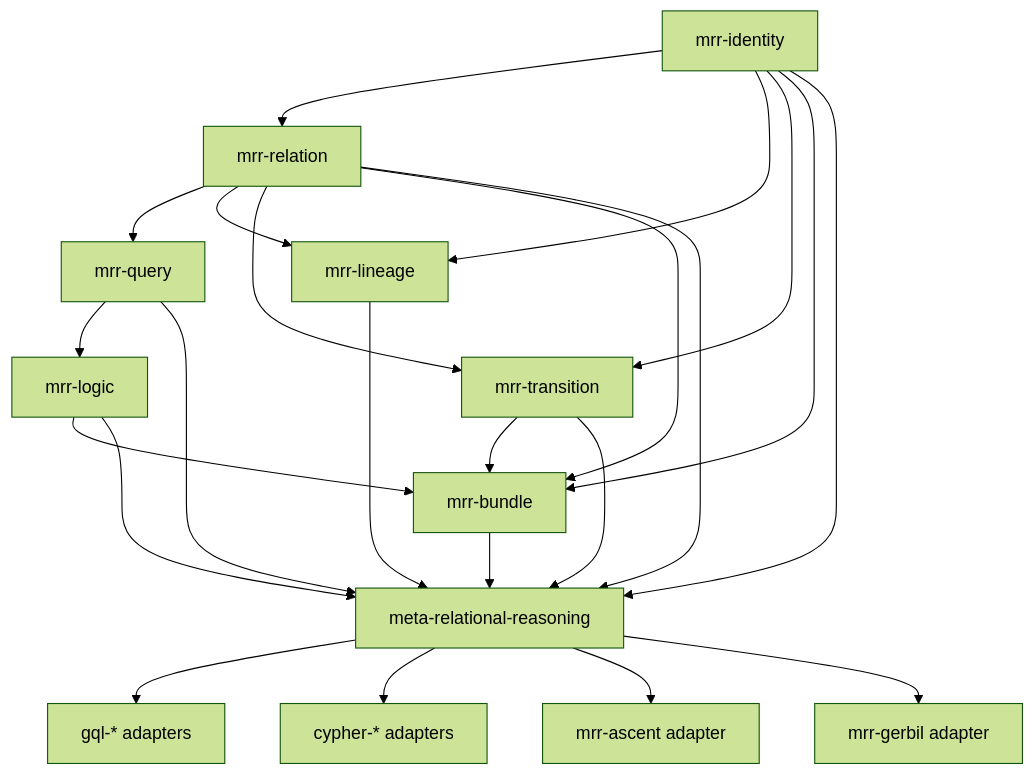
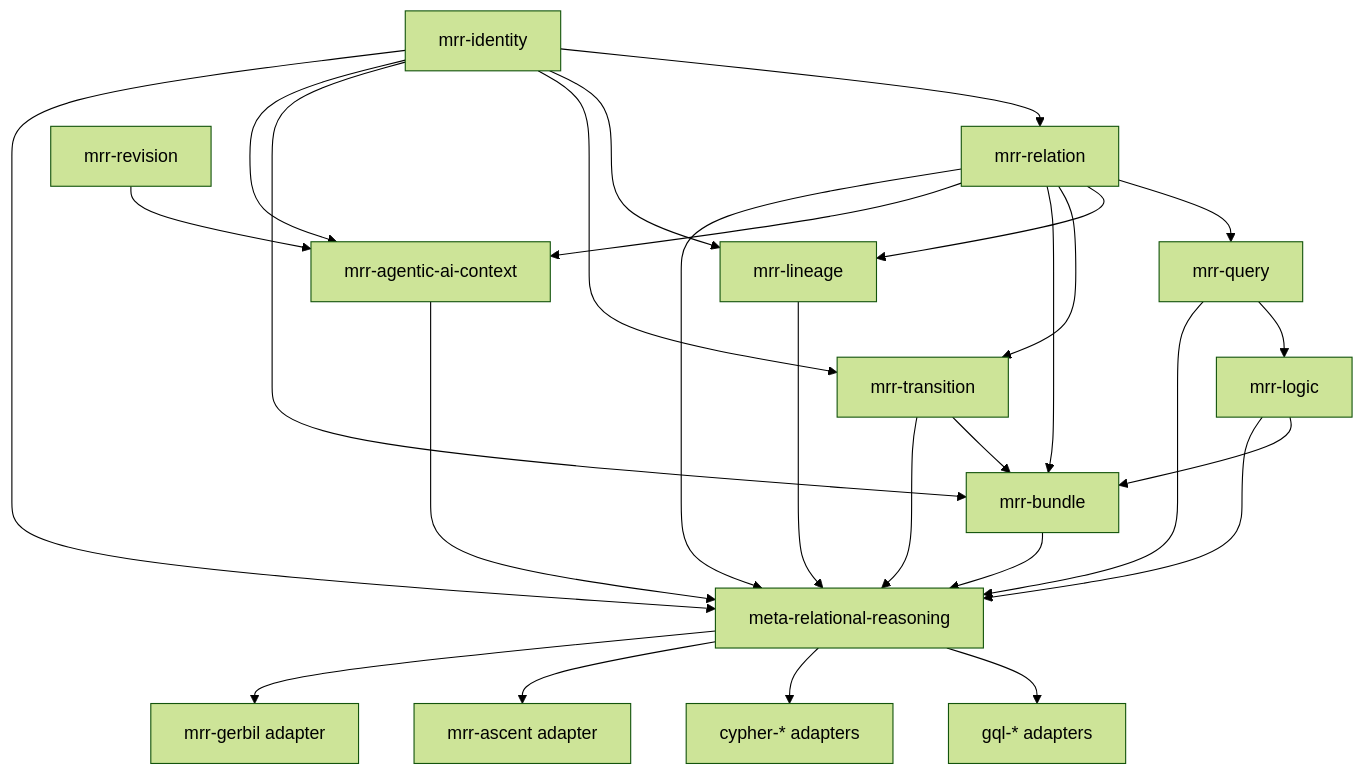
The diagram in docs/architecture/0001-mrr-workspace-ownership.org (tao3k/meta-relational-reasoning), drawn with Mermaid (forest theme) before and after one commit. The commit also changed other lines of this file and 49 other files, not shown here.

Commit message:
feat(context): add optional source-bound Agentic AI Context and certified composition bridges

```diff
--- a/docs/architecture/0001-mrr-workspace-ownership.org
+++ b/docs/architecture/0001-mrr-workspace-ownership.org
@@ -21,25 +21,29 @@
 #+begin_src mermaid
 flowchart TD
     identity[mrr-identity] --> relation[mrr-relation]
     relation --> query[mrr-query]
     query --> logic[mrr-logic]
     identity --> lineage[mrr-lineage]
     relation --> lineage
     identity --> transition[mrr-transition]
     relation --> transition
     identity --> bundle[mrr-bundle]
     relation --> bundle
+    identity --> context[mrr-agentic-ai-context]
+    relation --> context
+    revision[mrr-revision] --> context
+    context --> facade
     logic --> bundle
     transition --> bundle
     bundle --> facade[meta-relational-reasoning]
     identity --> facade
     relation --> facade
     query --> facade
     logic --> facade
     lineage --> facade
     transition --> facade
     facade --> gql[gql-* adapters]
     facade --> cypher[cypher-* adapters]
     facade --> ascent[mrr-ascent adapter]
     facade --> gerbil[mrr-gerbil adapter]
 #+end_src
```
